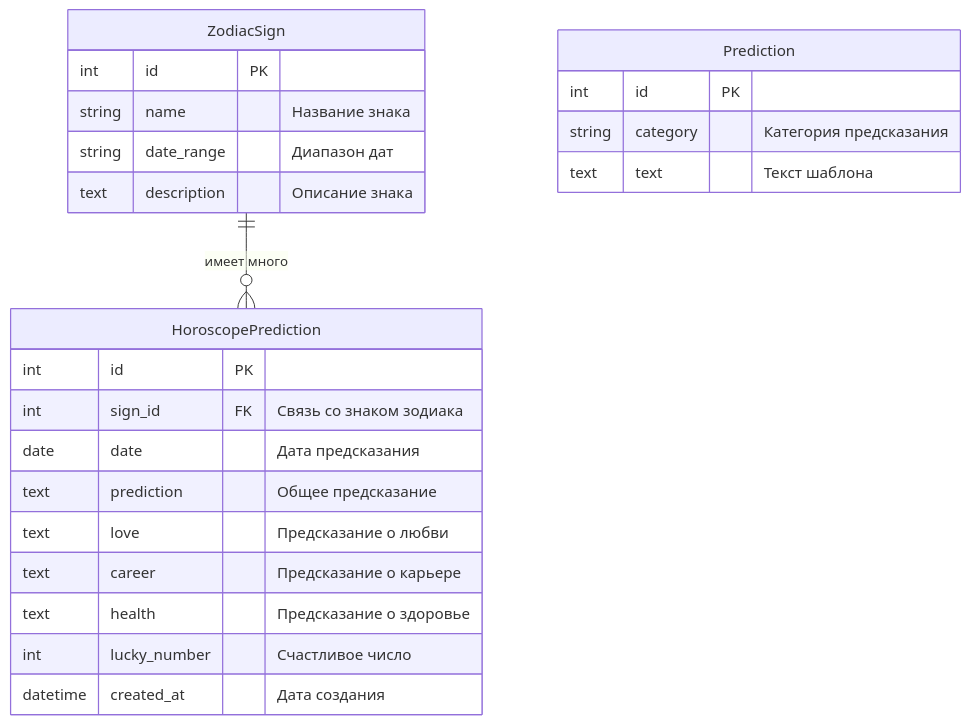
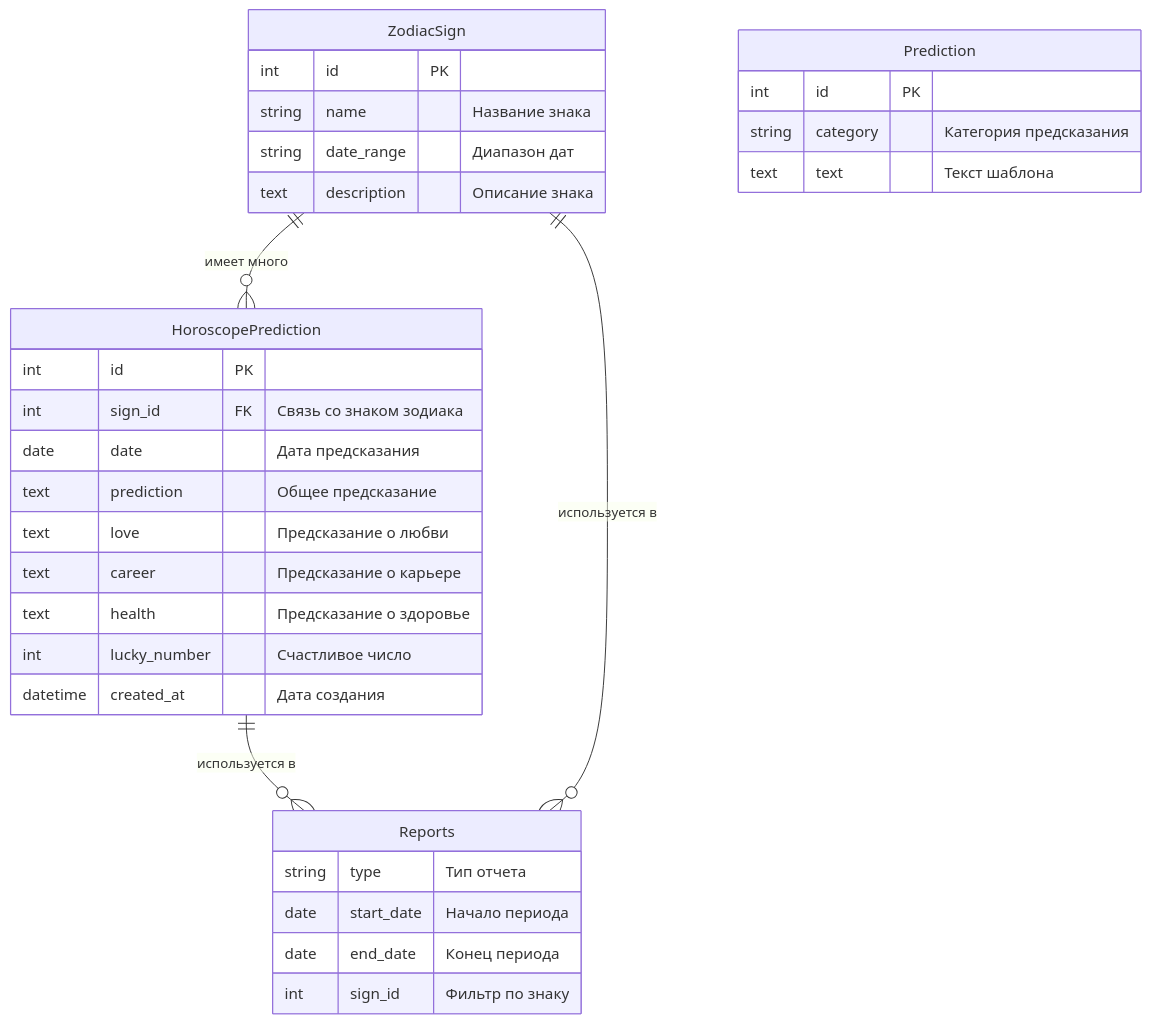
The diagram in README.md (k3ksoff/astro-horoscope), drawn with Mermaid before and after one commit. The commit also changed other lines of this file and 5 other files, not shown here.

````diff
--- a/README.md
+++ b/README.md
@@ -452,28 +491,38 @@
 ```mermaid
 erDiagram
     ZodiacSign ||--o{ HoroscopePrediction : "имеет много"
     ZodiacSign {
         int id PK
         string name "Название знака"
         string date_range "Диапазон дат"
         text description "Описание знака"
     }
     
     HoroscopePrediction {
         int id PK
         int sign_id FK "Связь со знаком зодиака"
         date date "Дата предсказания"
         text prediction "Общее предсказание"
         text love "Предсказание о любви"
         text career "Предсказание о карьере"
         text health "Предсказание о здоровье"
         int lucky_number "Счастливое число"
         datetime created_at "Дата создания"
     }
     
     Prediction {
         int id PK
         string category "Категория предсказания"
         text text "Текст шаблона"
     }
+    
+    %% Логические связи с системой отчетов (виртуальные сущности)
+    HoroscopePrediction ||--o{ Reports : "используется в"
+    ZodiacSign ||--o{ Reports : "используется в"
+    Reports {
+        string type "Тип отчета"
+        date start_date "Начало периода"
+        date end_date "Конец периода"
+        int sign_id "Фильтр по знаку"
+    }
 ```
````
